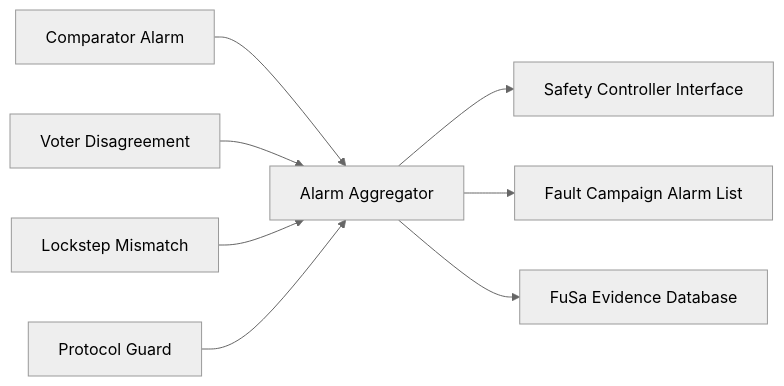
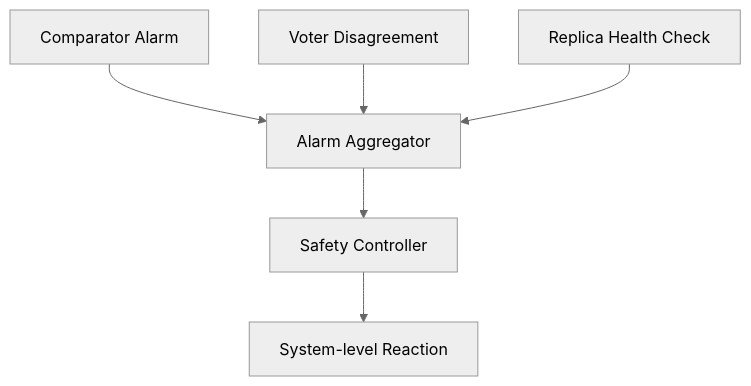
Before and after one commit to qiqixixi1001/automotive-safeic-practice: the seventh of 9 diagrams in articles/GitHub_D22_macro_level_safety_synthesis.md, drawn with Mermaid (neutral theme). The commit also changed other lines of this file, not shown here.

````diff
--- a/articles/GitHub_D22_macro_level_safety_synthesis.md
+++ b/articles/GitHub_D22_macro_level_safety_synthesis.md
@@ -423,10 +381,8 @@
 ```mermaid
-flowchart LR
-    A[Comparator Alarm] --> G[Alarm Aggregator]
-    B[Voter Disagreement] --> G
-    C[Lockstep Mismatch] --> G
-    D[Protocol Guard] --> G
-    G --> S[Safety Controller Interface]
-    G --> E[Fault Campaign Alarm List]
-    G --> DB[FuSa Evidence Database]
+flowchart TB
+    A[Comparator Alarm] --> D[Alarm Aggregator]
+    B[Voter Disagreement] --> D
+    C[Replica Health Check] --> D
+    D --> E[Safety Controller]
+    E --> F[System-level Reaction]
 ```
````
